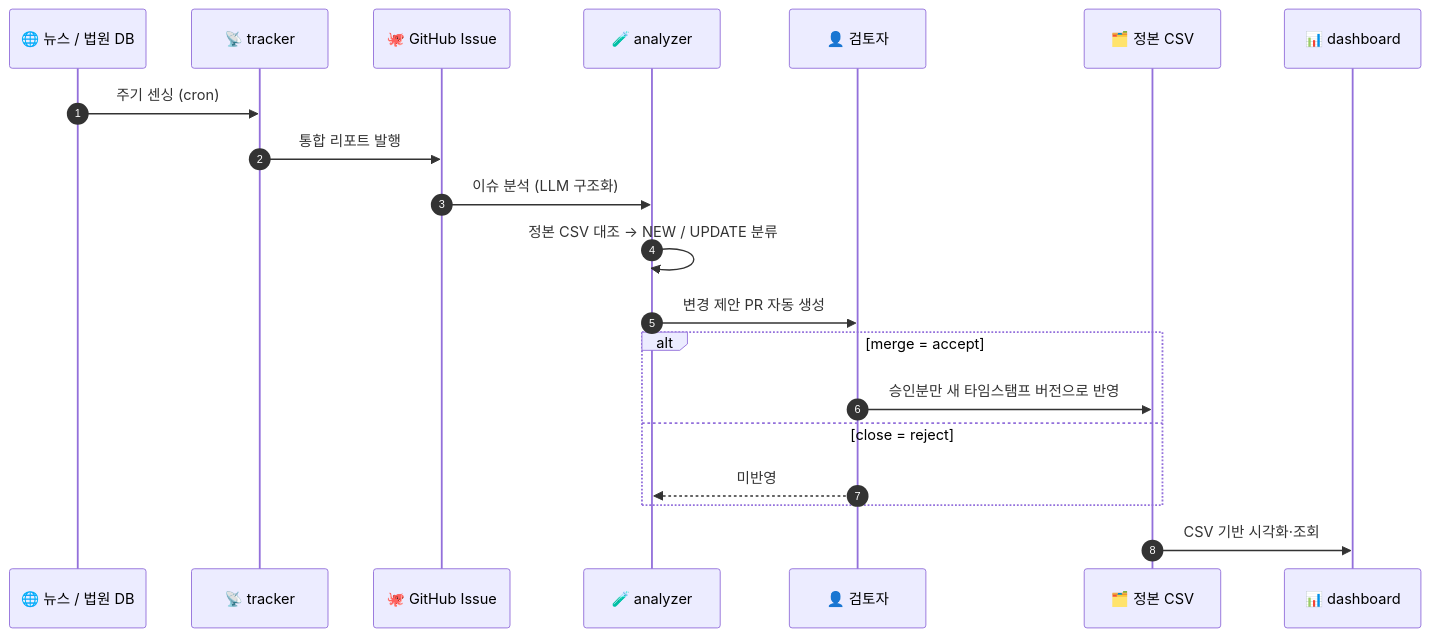
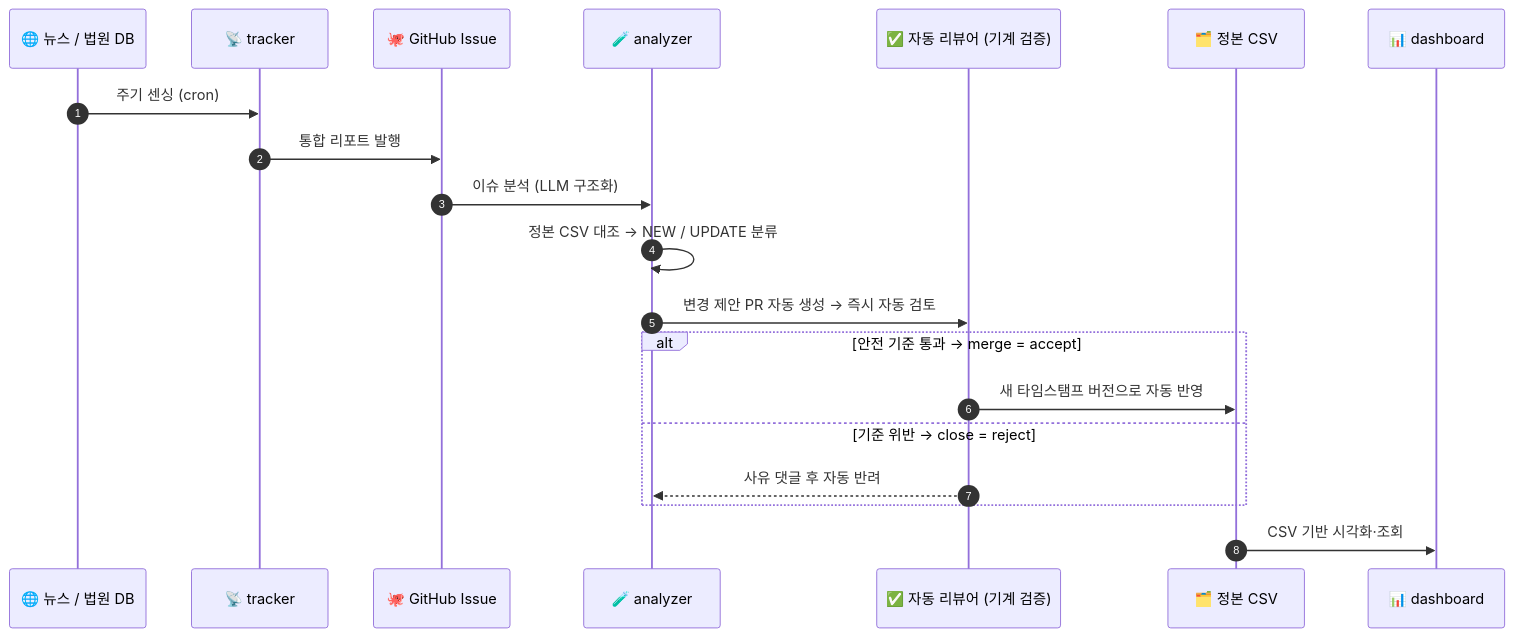
One commit to aigovsensing/ai-suit-sensing changed the third of 4 diagrams in README.md. Above: the diagram before and after it, drawn with Mermaid. The commit also changed other lines of this file, not shown here.

````diff
--- a/README.md
+++ b/README.md
@@ -165,23 +214,23 @@
 ```mermaid
 sequenceDiagram
     autonumber
     participant SRC as 🌐 뉴스 / 법원 DB
     participant T as 📡 tracker
     participant GI as 🐙 GitHub Issue
     participant A as 🧪 analyzer
-    participant H as 👤 검토자
+    participant R as ✅ 자동 리뷰어 (기계 검증)
     participant CSV as 🗂️ 정본 CSV
     participant D as 📊 dashboard
 
     SRC->>T: 주기 센싱 (cron)
     T->>GI: 통합 리포트 발행
     GI->>A: 이슈 분석 (LLM 구조화)
     A->>A: 정본 CSV 대조 → NEW / UPDATE 분류
-    A->>H: 변경 제안 PR 자동 생성
-    alt merge = accept
-        H->>CSV: 승인분만 새 타임스탬프 버전으로 반영
-    else close = reject
-        H-->>A: 미반영
+    A->>R: 변경 제안 PR 자동 생성 → 즉시 자동 검토
+    alt 안전 기준 통과 → merge = accept
+        R->>CSV: 새 타임스탬프 버전으로 자동 반영
+    else 기준 위반 → close = reject
+        R-->>A: 사유 댓글 후 자동 반려
     end
     CSV->>D: CSV 기반 시각화·조회
 ```
````
